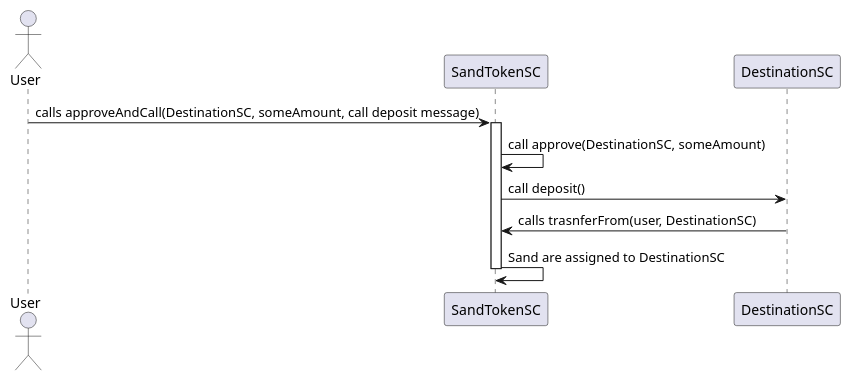
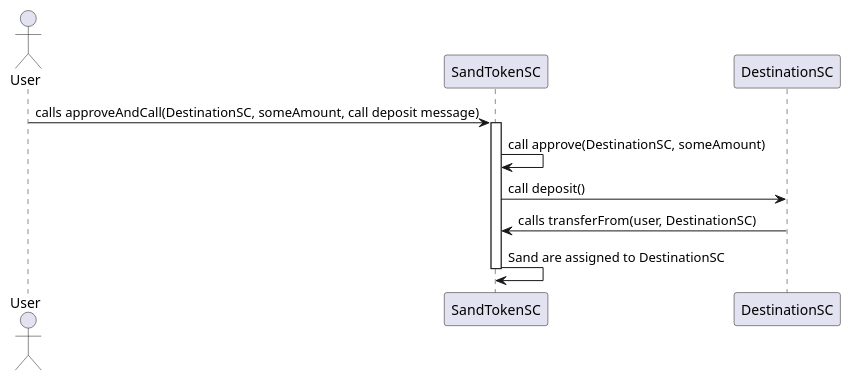
Before and after one commit to thesandboxgame/sandbox-smart-contracts: the fourth of 4 diagrams in docs/topics/token/ERC20.md, drawn with PlantUML. The commit also changed other lines of this file, not shown here.

````diff
--- a/docs/topics/token/ERC20.md
+++ b/docs/topics/token/ERC20.md
@@ -134,13 +134,13 @@
 ```plantuml
 actor User
 participant SandTokenSC
 participant DestinationSC
 
 "User" -> "SandTokenSC": calls approveAndCall(DestinationSC, someAmount, call deposit message)  
 activate SandTokenSC
 "SandTokenSC" -> "SandTokenSC": call approve(DestinationSC, someAmount)
 "SandTokenSC" -> "DestinationSC": call deposit()
-"DestinationSC" -> "SandTokenSC": calls trasnferFrom(user, DestinationSC)
+"DestinationSC" -> "SandTokenSC": calls transferFrom(user, DestinationSC)
 "SandTokenSC" -> "SandTokenSC": Sand are assigned to DestinationSC
 deactivate SandTokenSC
 ```
````
